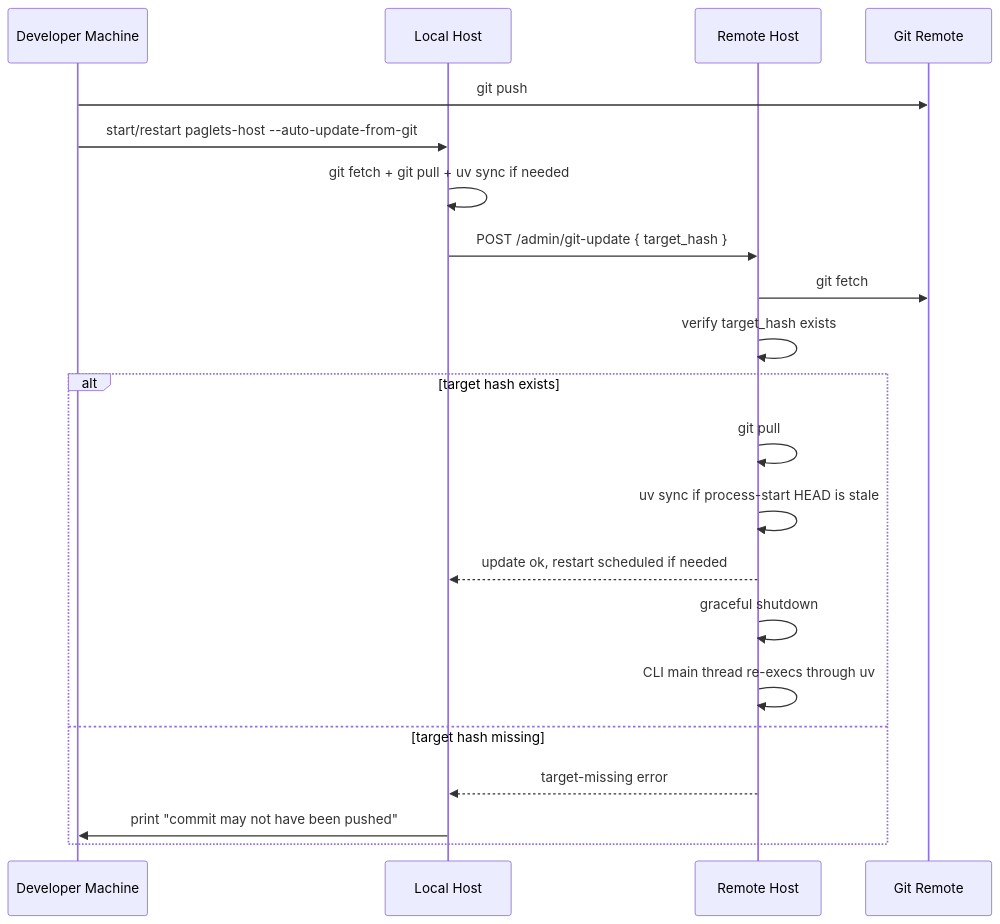
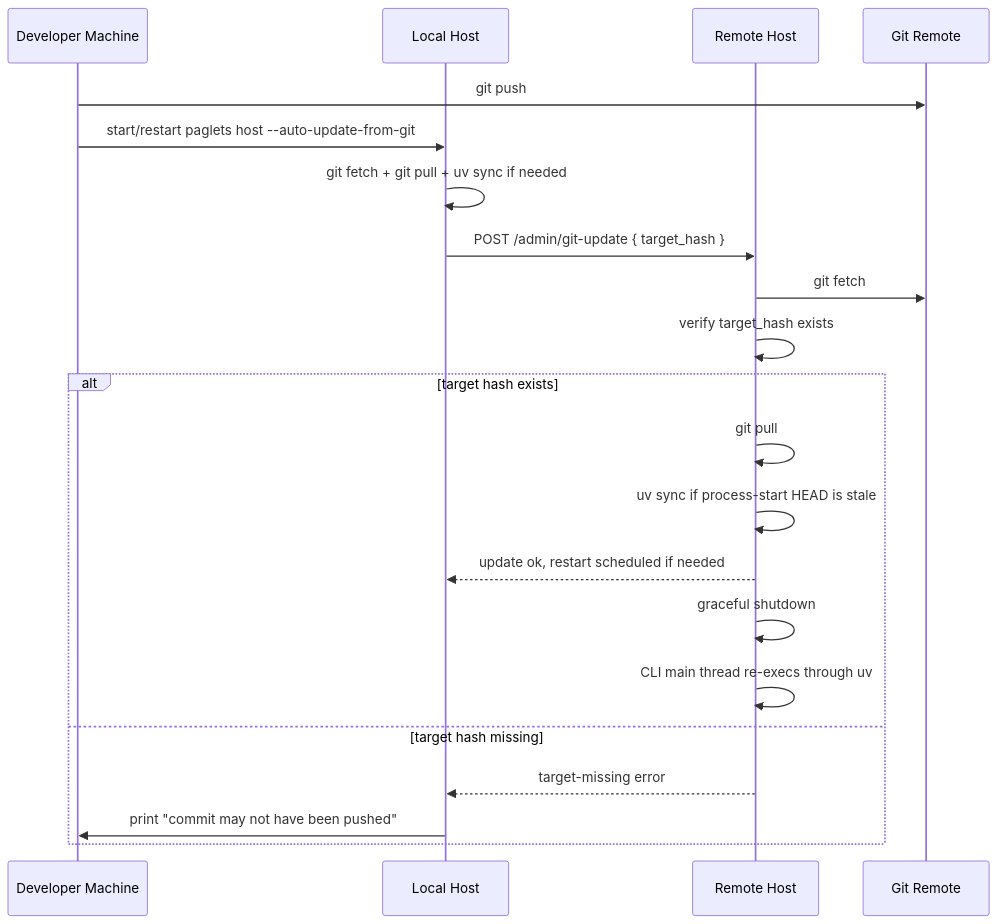
One commit to cklukas/paglets changed the second of 3 diagrams in docs/git-auto-update.md. Above: the diagram before and after it, drawn with Mermaid. The commit also changed other lines of this file and 39 other files, not shown here.

````diff
--- a/docs/git-auto-update.md
+++ b/docs/git-auto-update.md
@@ -96,24 +96,24 @@
 ```mermaid
 sequenceDiagram
     participant Dev as Developer Machine
     participant Local as Local Host
     participant Remote as Remote Host
     participant Git as Git Remote
 
     Dev->>Git: git push
-    Dev->>Local: start/restart paglets-host --auto-update-from-git
+    Dev->>Local: start/restart paglets host --auto-update-from-git
     Local->>Local: git fetch + git pull + uv sync if needed
     Local->>Remote: POST /admin/git-update { target_hash }
     Remote->>Git: git fetch
     Remote->>Remote: verify target_hash exists
     alt target hash exists
         Remote->>Remote: git pull
         Remote->>Remote: uv sync if process-start HEAD is stale
         Remote-->>Local: update ok, restart scheduled if needed
         Remote->>Remote: graceful shutdown
         Remote->>Remote: CLI main thread re-execs through uv
     else target hash missing
         Remote-->>Local: target-missing error
         Local->>Dev: print "commit may not have been pushed"
     end
 ```
````
